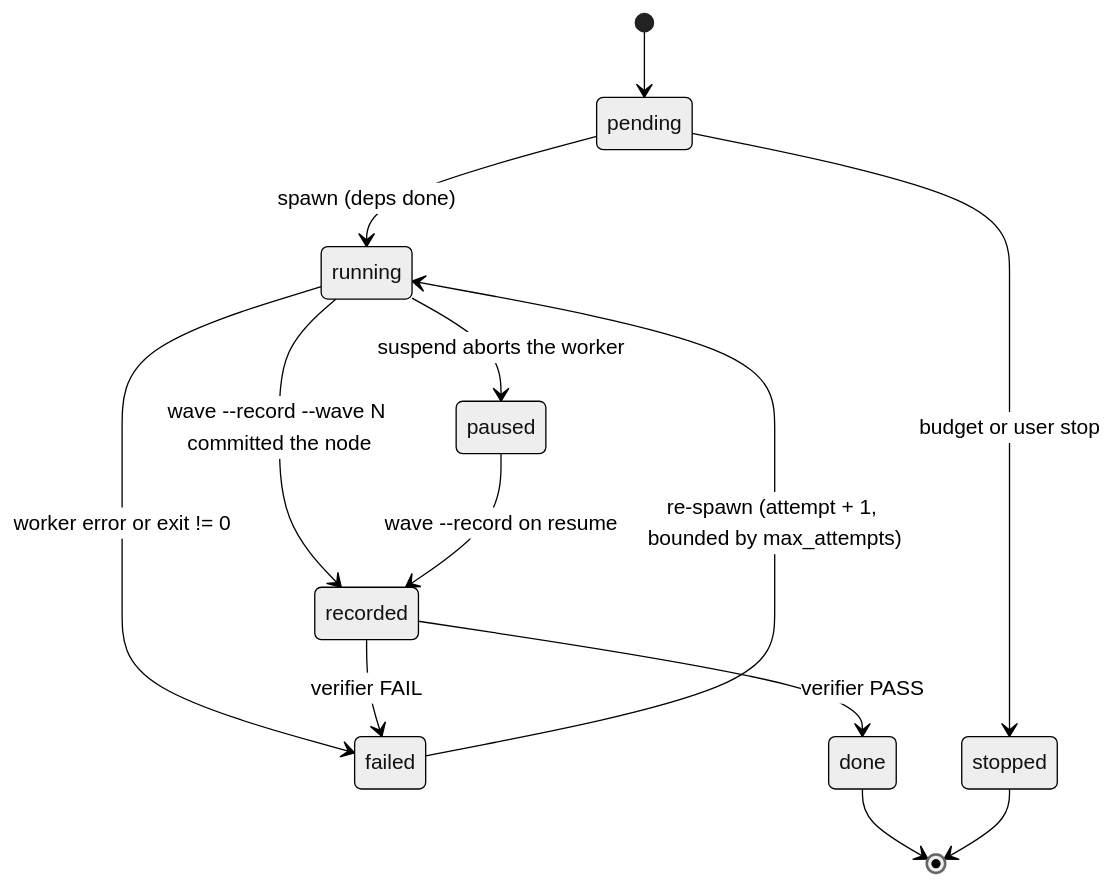
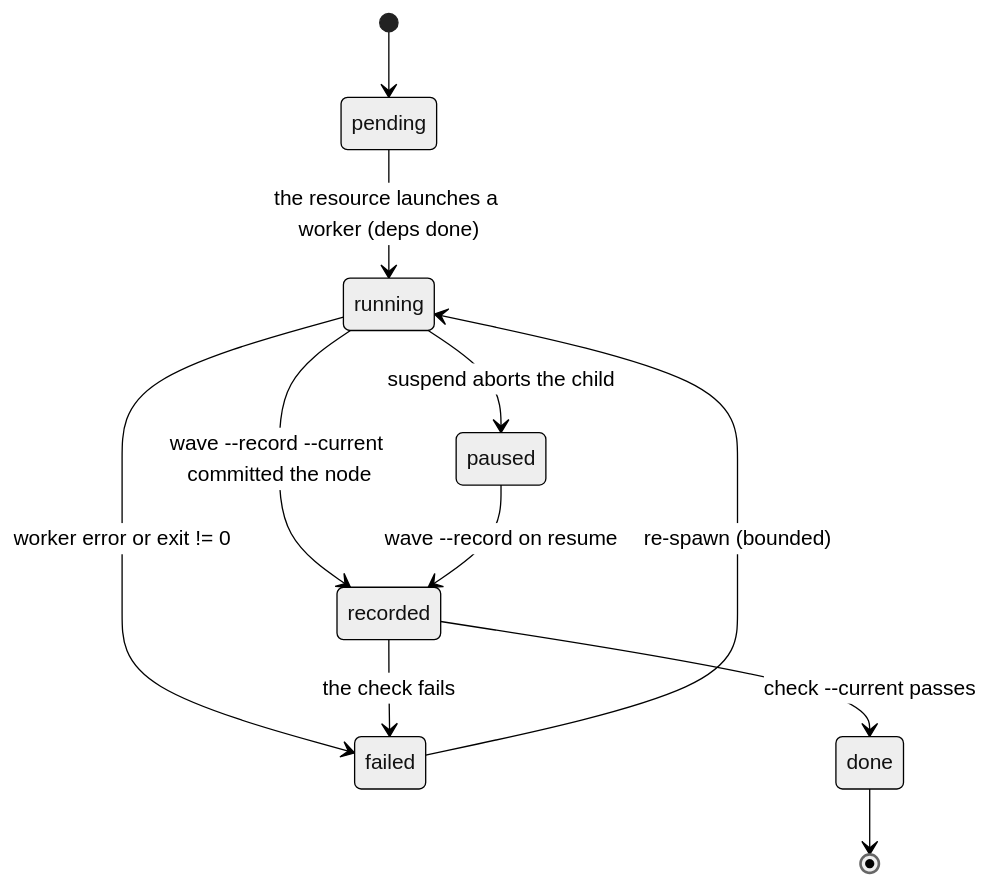
Before and after one commit to ming6ao/sliceme: the tenth of 10 diagrams in docs/architecture.md, drawn with Mermaid (neutral theme). The commit also changed other lines of this file and 77 other files, not shown here.

````diff
--- a/docs/architecture.md
+++ b/docs/architecture.md
@@ -470,15 +457,13 @@
 ```mermaid
 stateDiagram-v2
   [*] --> pending
-  pending --> running: spawn (deps done)
-  running --> recorded: wave --record --wave N committed the node
+  pending --> running: the resource launches a worker (deps done)
+  running --> recorded: wave --record --current committed the node
   running --> failed: worker error or exit != 0
-  running --> paused: suspend aborts the worker
+  running --> paused: suspend aborts the child
   paused --> recorded: wave --record on resume
-  recorded --> done: verifier PASS
-  recorded --> failed: verifier FAIL
-  failed --> running: re-spawn (attempt + 1, bounded by max_attempts)
-  pending --> stopped: budget or user stop
+  recorded --> done: check --current passes
+  recorded --> failed: the check fails
+  failed --> running: re-spawn (bounded)
   done --> [*]
-  stopped --> [*]
 ```
````
